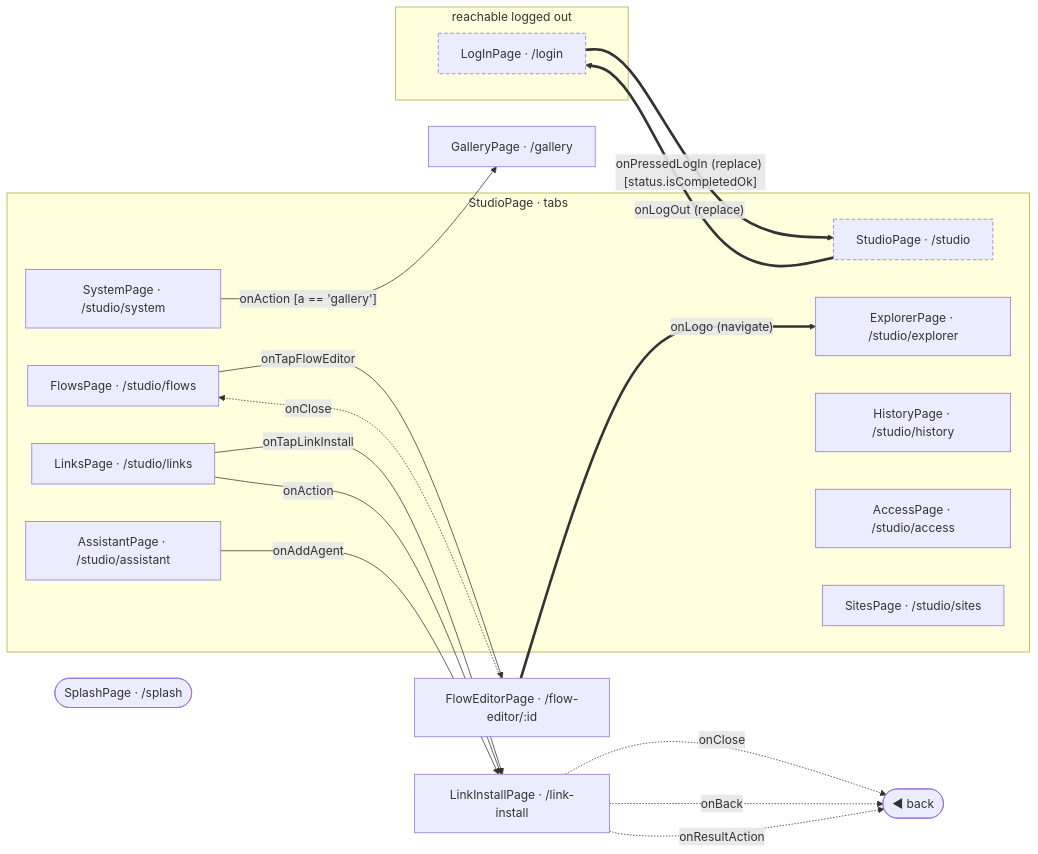
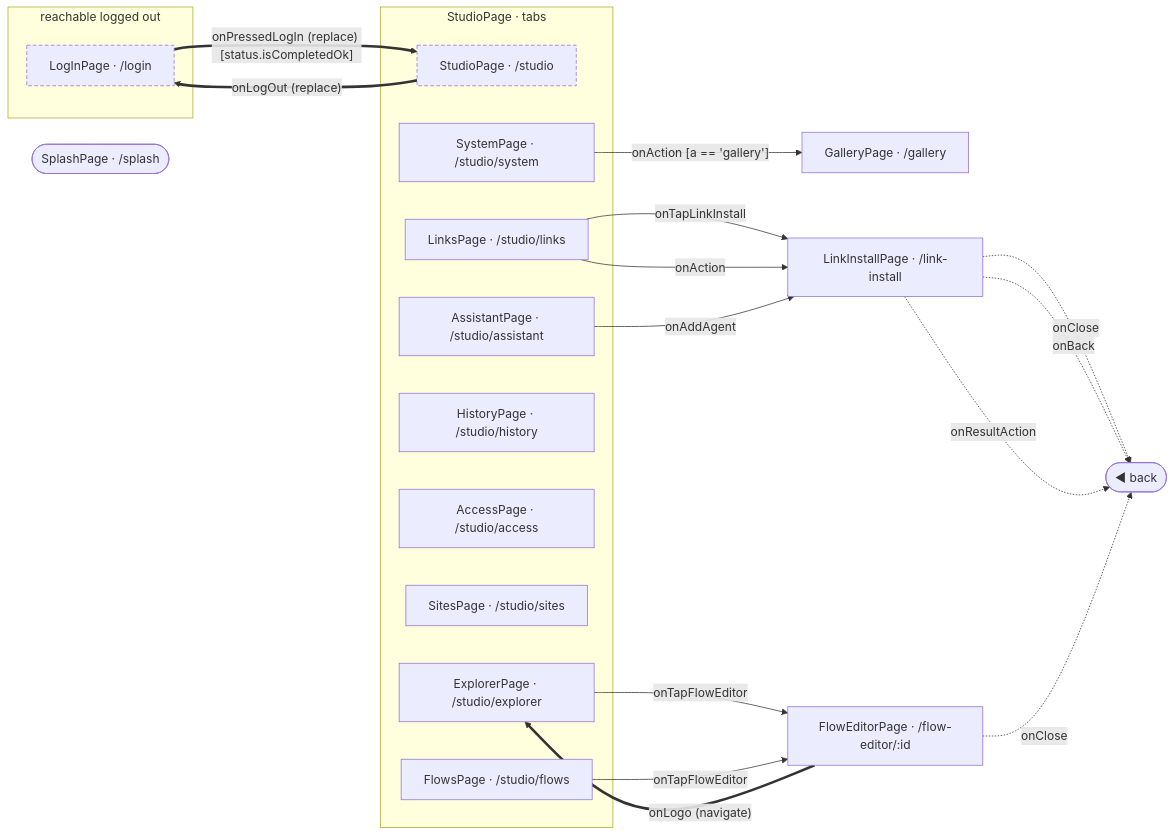
The diagram in studio/docs/flows/README.md (gencto/wyrm), drawn with Mermaid before and after one commit. The commit also changed other lines of this file and 38 other files, not shown here.

````diff
--- a/studio/docs/flows/README.md
+++ b/studio/docs/flows/README.md
@@ -7,38 +7,39 @@
 ```mermaid
 flowchart LR
     subgraph frxPublic["reachable logged out"]
         logIn["LogInPage · /login"]
     end
     splash(["SplashPage · /splash"])
     gallery["GalleryPage · /gallery"]
     subgraph frxTabs_studio["StudioPage · tabs"]
         studio["StudioPage · /studio"]
         explorer["ExplorerPage · /studio/explorer"]
         links["LinksPage · /studio/links"]
         flows["FlowsPage · /studio/flows"]
         history["HistoryPage · /studio/history"]
         access["AccessPage · /studio/access"]
         sites["SitesPage · /studio/sites"]
         assistant["AssistantPage · /studio/assistant"]
         system["SystemPage · /studio/system"]
     end
     linkInstall["LinkInstallPage · /link-install"]
     flowEditor["FlowEditorPage · /flow-editor/:id"]
     frxBack(["◀ back"])
 
     logIn ==>|"onPressedLogIn (replace) [status.isCompletedOk]"| studio
     studio ==>|"onLogOut (replace)"| logIn
+    explorer -->|"onTapFlowEditor"| flowEditor
     links -->|"onTapLinkInstall"| linkInstall
     links -->|"onAction"| linkInstall
     flows -->|"onTapFlowEditor"| flowEditor
     assistant -->|"onAddAgent"| linkInstall
     system -->|"onAction [a == 'gallery']"| gallery
     linkInstall -.->|"onClose"| frxBack
     linkInstall -.->|"onBack"| frxBack
     linkInstall -.->|"onResultAction"| frxBack
-    flowEditor -.->|"onClose"| flows
+    flowEditor -.->|"onClose"| frxBack
     flowEditor ==>|"onLogo (navigate)"| explorer
 
     classDef frxEntry stroke-dasharray: 5 3
     class logIn,studio frxEntry
 ```
````
